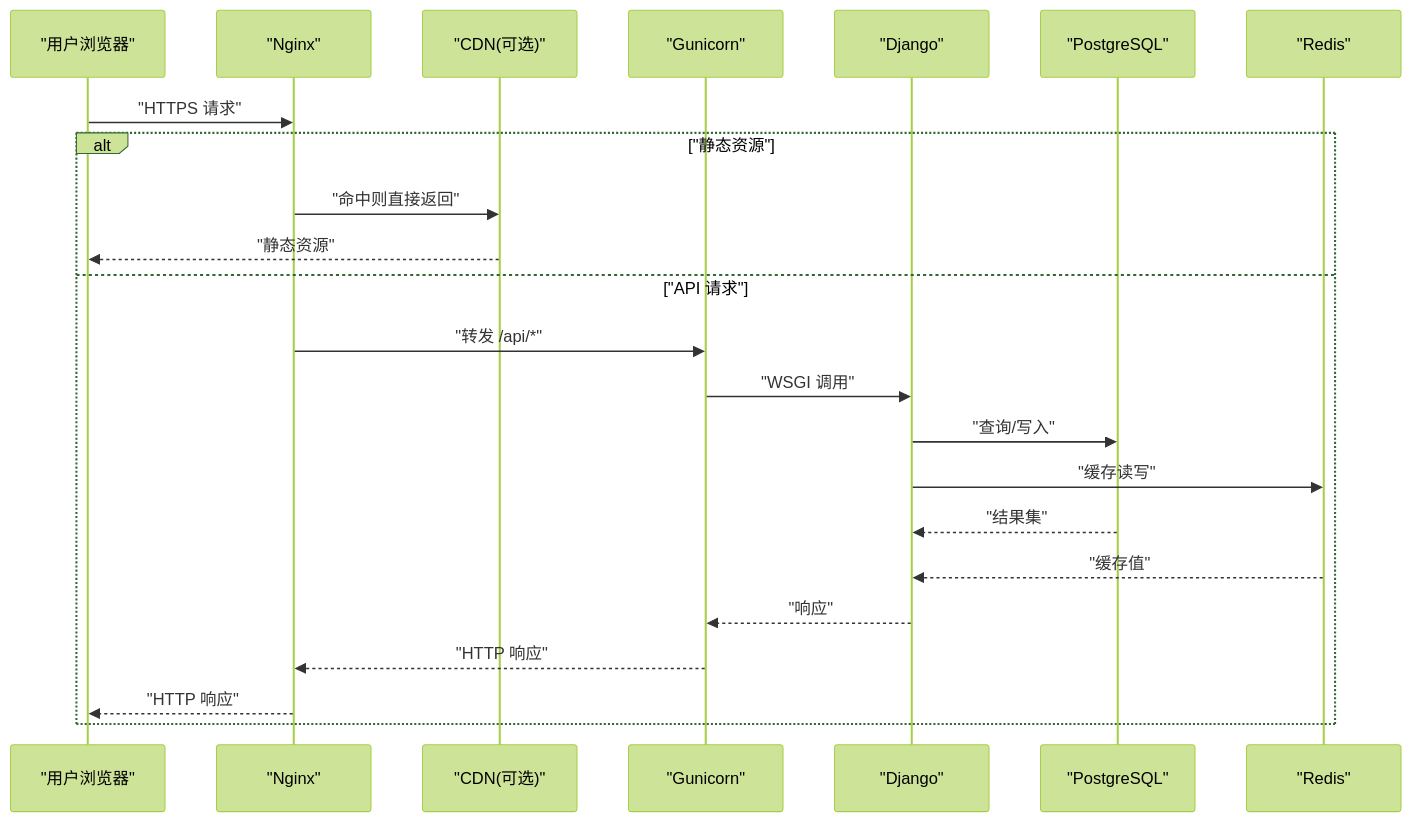
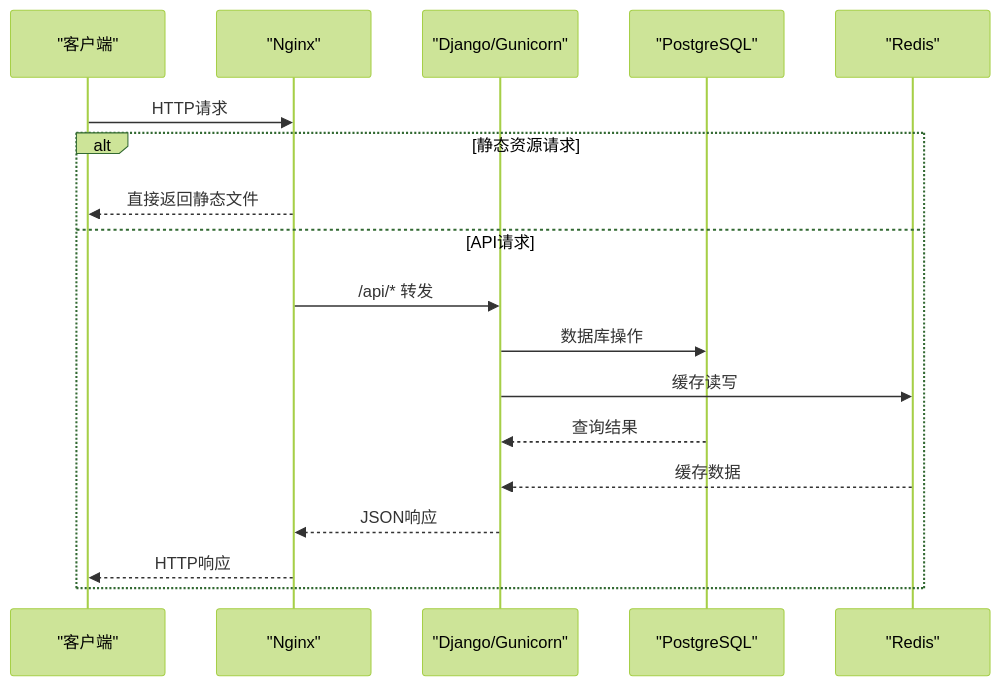
The second of 4 diagrams in .qoder/repowiki/zh/content/部署配置/生产环境部署.md (zyp-coder/Metadata), drawn with Mermaid (forest theme) before and after one commit. The commit also changed other lines of this file and 54 other files, not shown here.

````diff
--- a/.qoder/repowiki/zh/content/部署配置/生产环境部署.md
+++ b/.qoder/repowiki/zh/content/部署配置/生产环境部署.md
@@ -100,25 +87,20 @@
 ```mermaid
 sequenceDiagram
-participant U as "用户浏览器"
-participant N as "Nginx"
-participant C as "CDN(可选)"
-participant G as "Gunicorn"
-participant D as "Django"
+participant Client as "客户端"
+participant Nginx as "Nginx"
+participant Backend as "Django/Gunicorn"
 participant DB as "PostgreSQL"
-participant R as "Redis"
-U->>N : "HTTPS 请求"
-alt "静态资源"
-N->>C : "命中则直接返回"
-C-->>U : "静态资源"
-else "API 请求"
-N->>G : "转发 /api/*"
-G->>D : "WSGI 调用"
-D->>DB : "查询/写入"
-D->>R : "缓存读写"
-DB-->>D : "结果集"
-R-->>D : "缓存值"
-D-->>G : "响应"
-G-->>N : "HTTP 响应"
-N-->>U : "HTTP 响应"
+participant Cache as "Redis"
+Client->>Nginx : HTTP请求
+alt 静态资源请求
+Nginx-->>Client : 直接返回静态文件
+else API请求
+Nginx->>Backend : /api/* 转发
+Backend->>DB : 数据库操作
+Backend->>Cache : 缓存读写
+DB-->>Backend : 查询结果
+Cache-->>Backend : 缓存数据
+Backend-->>Nginx : JSON响应
+Nginx-->>Client : HTTP响应
 end
 ```
````
